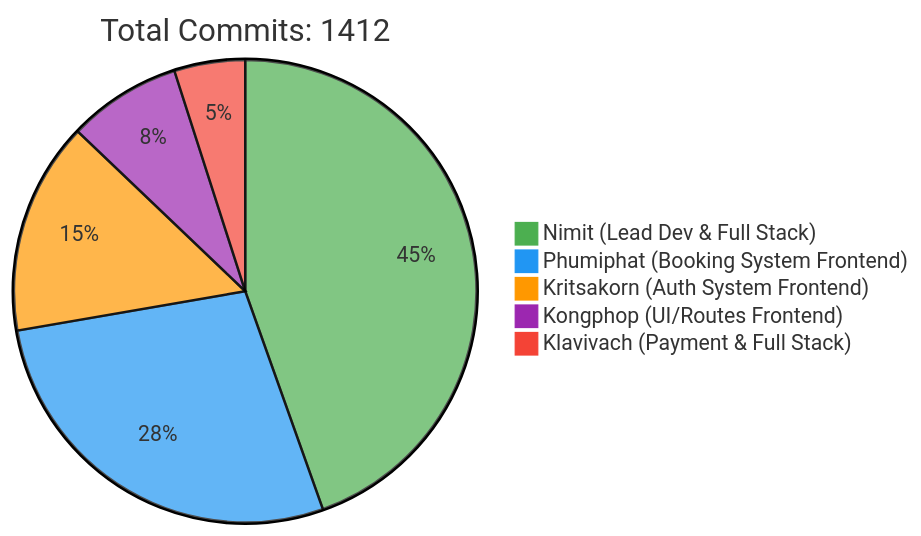
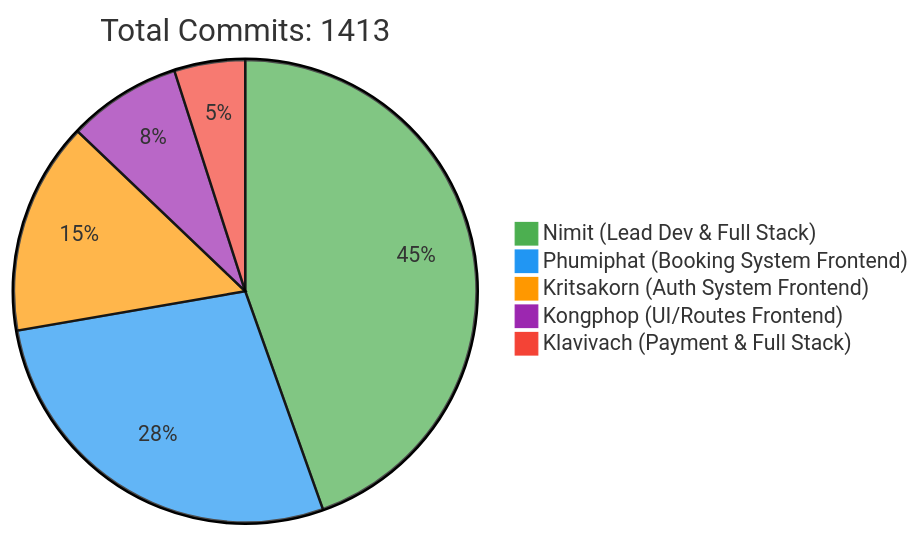
Before and after one commit to 6531503042/Sport-Complex: the first of 2 diagrams in README.md, drawn with Mermaid. The commit also changed other lines of this file, not shown here.

Commit message:
docs: Update contributor statistics [skip ci]

````diff
--- a/README.md
+++ b/README.md
@@ -257,10 +257,10 @@
 ```mermaid
 %%{init: {'theme': 'base', 'themeVariables': { 'pie1': '#4CAF50', 'pie2': '#2196F3', 'pie3': '#FF9800', 'pie4': '#9C27B0', 'pie5': '#F44336'}}}%%
 pie
-    title Total Commits: 1412
+    title Total Commits: 1413
     "Nimit (Lead Dev & Full Stack)" : 450
     "Phumiphat (Booking System Frontend)" : 280
     "Kritsakorn (Auth System Frontend)" : 150
     "Kongphop (UI/Routes Frontend)" : 80
     "Klavivach (Payment & Full Stack)" : 50
 ```
````
